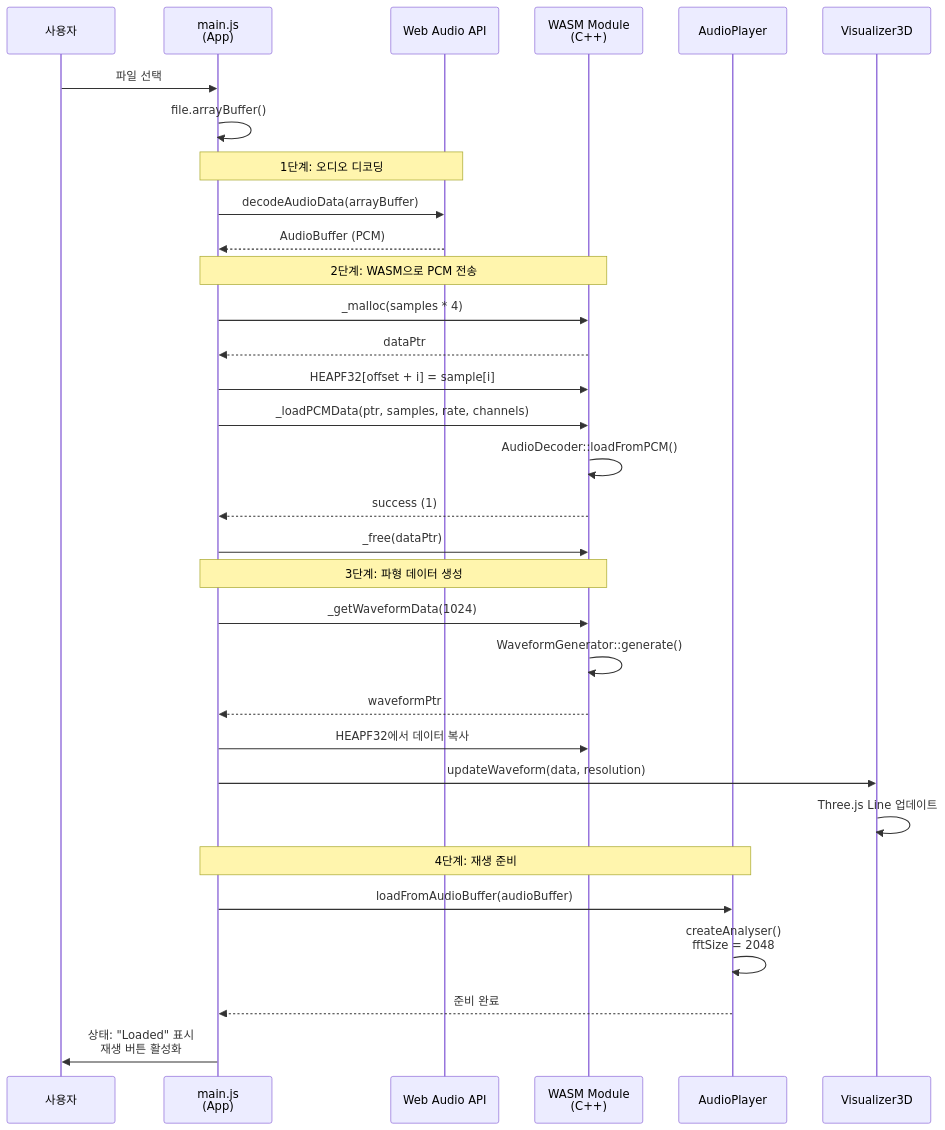
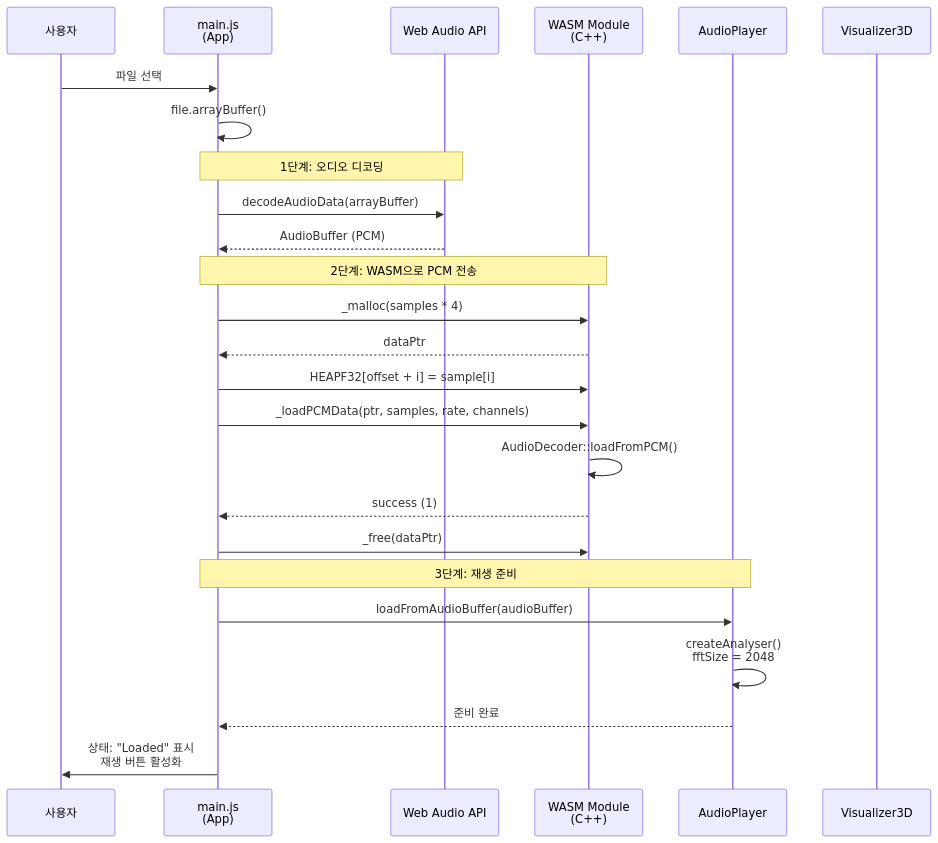
One commit to AshtonYoon/wasm-audio-visualizer changed the second of 8 diagrams in ARCHITECTURE.md. Above: the diagram before and after it, drawn with Mermaid. The commit also changed other lines of this file and 6 other files, not shown here.

Commit message:
- disable feature (waveform generator)

````diff
--- a/ARCHITECTURE.md
+++ b/ARCHITECTURE.md
@@ -59,40 +52,32 @@
 ```mermaid
 sequenceDiagram
     participant User as 사용자
     participant Main as main.js<br/>(App)
     participant WebAudio as Web Audio API
     participant WASM as WASM Module<br/>(C++)
     participant Player as AudioPlayer
     participant Viz as Visualizer3D
 
     User->>Main: 파일 선택
     Main->>Main: file.arrayBuffer()
 
     Note over Main,WebAudio: 1단계: 오디오 디코딩
     Main->>WebAudio: decodeAudioData(arrayBuffer)
     WebAudio-->>Main: AudioBuffer (PCM)
 
     Note over Main,WASM: 2단계: WASM으로 PCM 전송
     Main->>WASM: _malloc(samples * 4)
     WASM-->>Main: dataPtr
     Main->>WASM: HEAPF32[offset + i] = sample[i]
     Main->>WASM: _loadPCMData(ptr, samples, rate, channels)
     WASM->>WASM: AudioDecoder::loadFromPCM()
     WASM-->>Main: success (1)
     Main->>WASM: _free(dataPtr)
 
-    Note over Main,WASM: 3단계: 파형 데이터 생성
-    Main->>WASM: _getWaveformData(1024)
-    WASM->>WASM: WaveformGenerator::generate()
-    WASM-->>Main: waveformPtr
-    Main->>WASM: HEAPF32에서 데이터 복사
-    Main->>Viz: updateWaveform(data, resolution)
-    Viz->>Viz: Three.js Line 업데이트
-
-    Note over Main,Player: 4단계: 재생 준비
+    Note over Main,Player: 3단계: 재생 준비
     Main->>Player: loadFromAudioBuffer(audioBuffer)
     Player->>Player: createAnalyser()<br/>fftSize = 2048
     Player-->>Main: 준비 완료
 
     Main->>User: 상태: "Loaded" 표시<br/>재생 버튼 활성화
 ```
````
